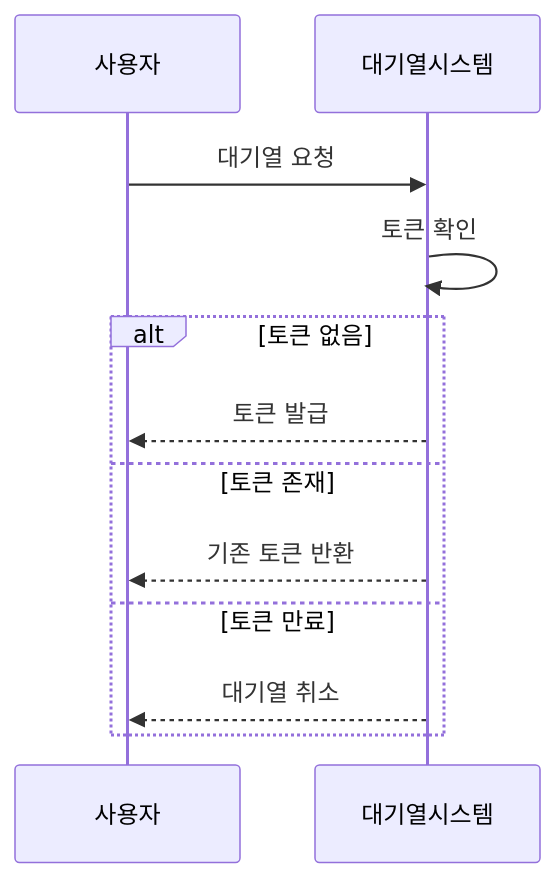
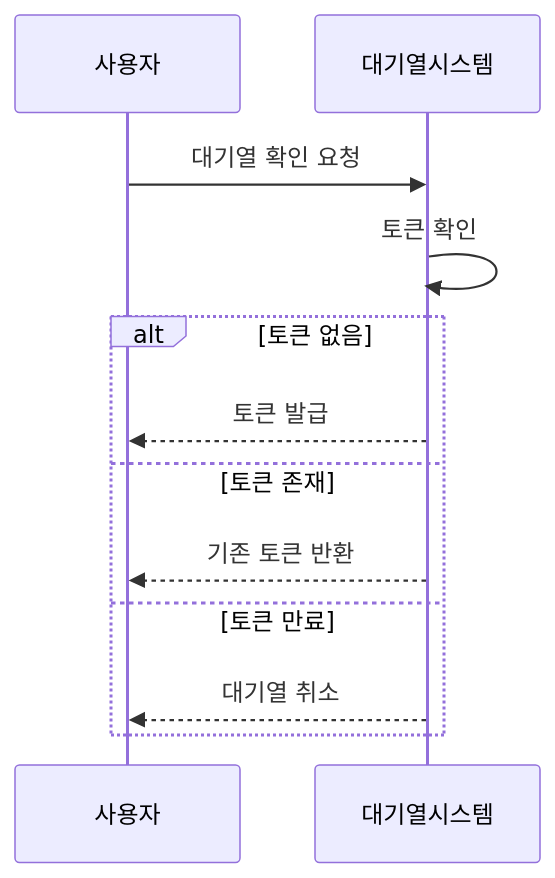
Before and after one commit to yekk1/HHplus-concert: the first of 5 diagrams in README.md, drawn with Mermaid. The commit also changed other lines of this file, not shown here.

Commit message:
docs: 시퀀스다이어그램 명칭 살짝 수정

````diff
--- a/README.md
+++ b/README.md
@@ -14,15 +14,15 @@
 ```mermaid
 sequenceDiagram
     participant 사용자
     participant 대기열시스템
     
-    사용자->>대기열시스템: 대기열 요청
+    사용자->>대기열시스템: 대기열 확인 요청
     대기열시스템->>대기열시스템: 토큰 확인
     alt 토큰 없음
         대기열시스템-->>사용자: 토큰 발급
     else 토큰 존재
         대기열시스템-->>사용자: 기존 토큰 반환
     else 토큰 만료
         대기열시스템-->>사용자: 대기열 취소
     end
 ```
````
